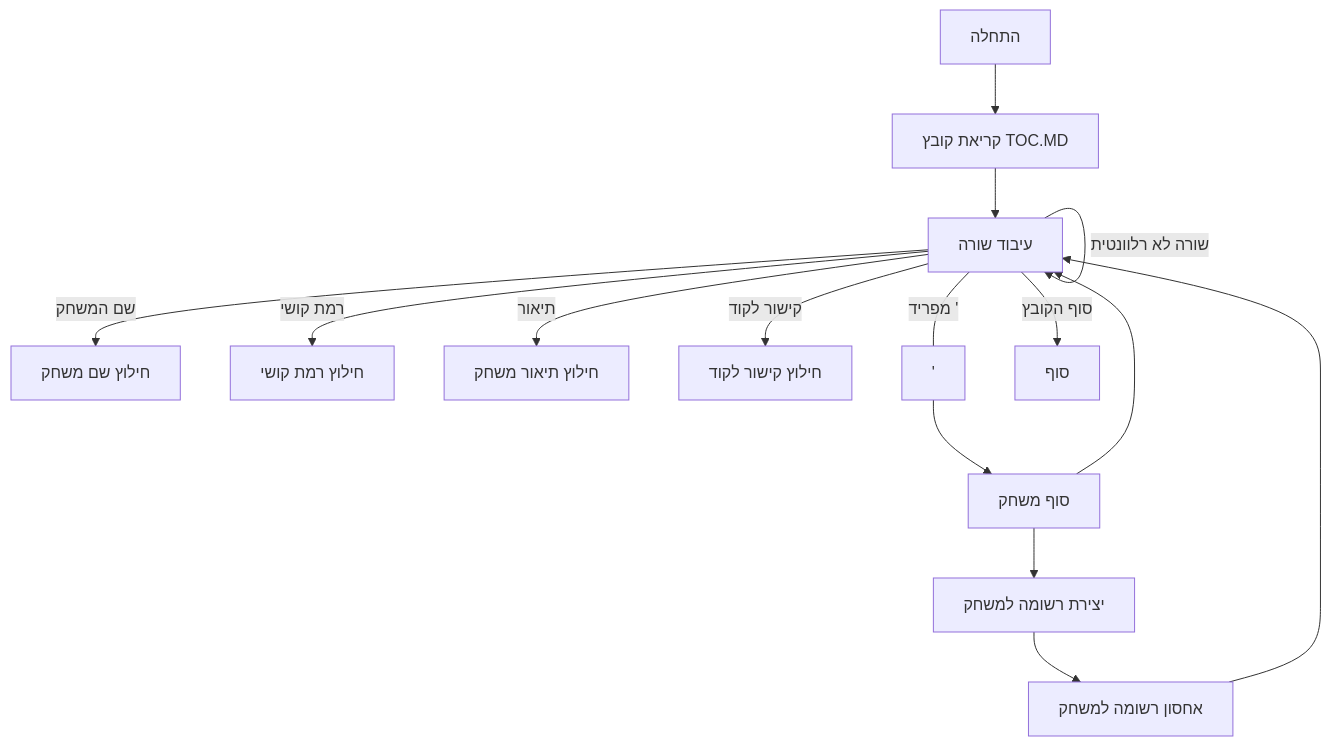
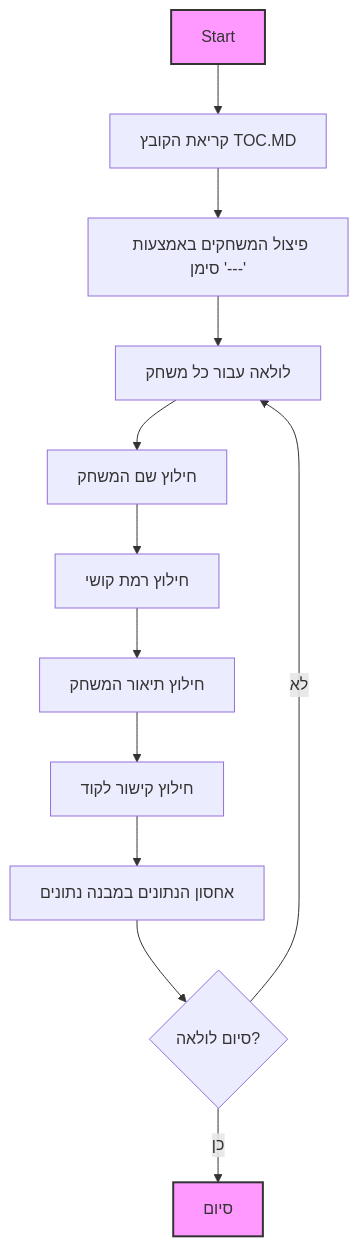
One commit to hypo69/hypo changed the diagram in docs/gemini/he/explainer/src/endpoints/ai_games/101_basic_computer_games/ru/GAMES/TOC.MD.md. Above: the diagram before and after it, drawn with Mermaid. The commit also changed other lines of this file and 885 other files, not shown here.

````diff
--- a/docs/gemini/he/explainer/src/endpoints/ai_games/101_basic_computer_games/ru/GAMES/TOC.MD.md
+++ b/docs/gemini/he/explainer/src/endpoints/ai_games/101_basic_computer_games/ru/GAMES/TOC.MD.md
@@ -45,16 +41,17 @@
 ```mermaid
 flowchart TD
-    Start[התחלה] --> ReadFile[קריאת קובץ TOC.MD]
-    ReadFile --> ProcessLine[עיבוד שורה]
-    ProcessLine -- שם המשחק --> ExtractGameName[חילוץ שם משחק]
-    ProcessLine -- רמת קושי --> ExtractComplexity[חילוץ רמת קושי]
-    ProcessLine -- תיאור --> ExtractDescription[חילוץ תיאור משחק]
-    ProcessLine -- קישור לקוד --> ExtractCodeLink[חילוץ קישור לקוד]
-    ProcessLine -- מפריד '---' --> EndOfGame[סוף משחק]
-    EndOfGame --> CreateGameEntry[יצירת רשומה למשחק]
-    CreateGameEntry --> StoreGameEntry[אחסון רשומה למשחק]
-    StoreGameEntry --> ProcessLine
-    ProcessLine -- שורה לא רלוונטית --> ProcessLine
-    ProcessLine -- סוף הקובץ --> End[סוף]
-    EndOfGame --> ProcessLine
+    Start[Start] --> ReadFile[קריאת הקובץ TOC.MD];
+    ReadFile --> SplitGames[פיצול המשחקים באמצעות סימן '---'];
+    SplitGames --> LoopStart[לולאה עבור כל משחק];
+    LoopStart --> ExtractName[חילוץ שם המשחק];
+    ExtractName --> ExtractDifficulty[חילוץ רמת קושי];
+    ExtractDifficulty --> ExtractDescription[חילוץ תיאור המשחק];
+    ExtractDescription --> ExtractCodeLink[חילוץ קישור לקוד];
+    ExtractCodeLink --> StoreData[אחסון הנתונים במבנה נתונים];
+    StoreData --> LoopEnd{סיום לולאה?};
+    LoopEnd -- כן -->  End[סיום];
+    LoopEnd -- לא --> LoopStart;
+
+    style Start fill:#f9f,stroke:#333,stroke-width:2px
+    style End fill:#f9f,stroke:#333,stroke-width:2px
 ```
````
